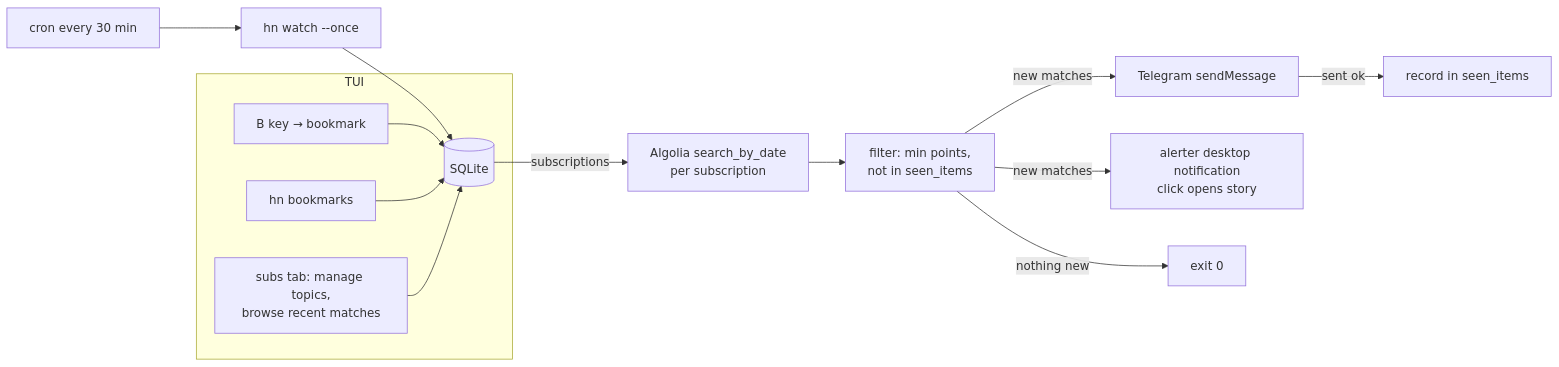
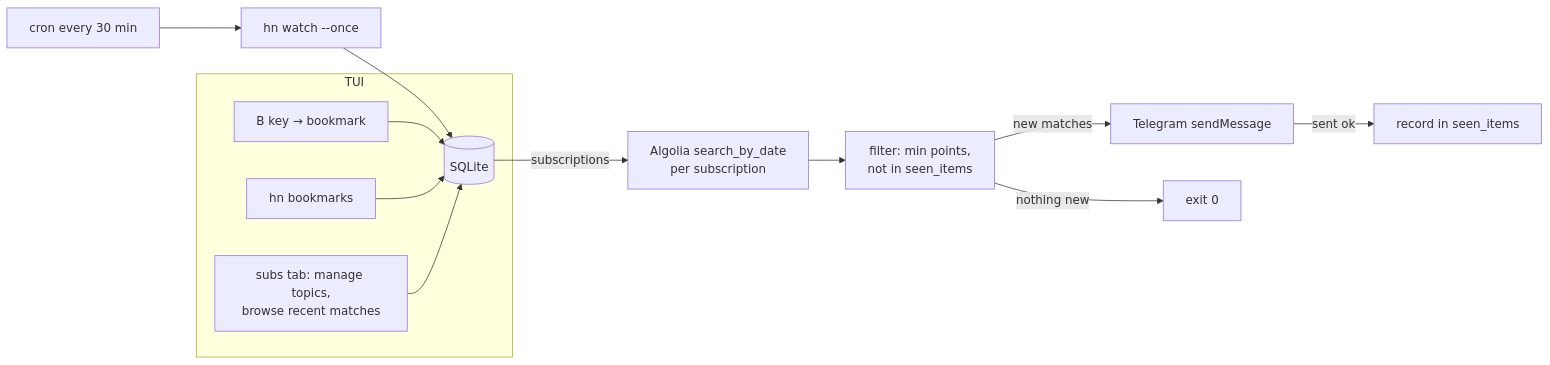
The diagram in specs/v3/00-overview.md (navinrc/hn-bits), drawn with Mermaid before and after one commit. The commit also changed other lines of this file and 7 other files, not shown here.

````diff
--- a/specs/v3/00-overview.md
+++ b/specs/v3/00-overview.md
@@ -25,16 +25,15 @@
 ```mermaid
 flowchart LR
     CRON[cron every 30 min] --> W[hn watch --once]
     W --> DB[(SQLite)]
     DB -->|subscriptions| Q[Algolia search_by_date<br/>per subscription]
     Q --> F[filter: min points,<br/>not in seen_items]
     F -->|new matches| N[Telegram sendMessage]
-    F -->|new matches| D[alerter desktop notification<br/>click opens story]
     N -->|sent ok| S[record in seen_items]
     F -->|nothing new| X[exit 0]
     subgraph TUI
         B[B key → bookmark] --> DB
         BM[hn bookmarks] --> DB
         ST[subs tab: manage topics,<br/>browse recent matches] --> DB
     end
 ```
````
